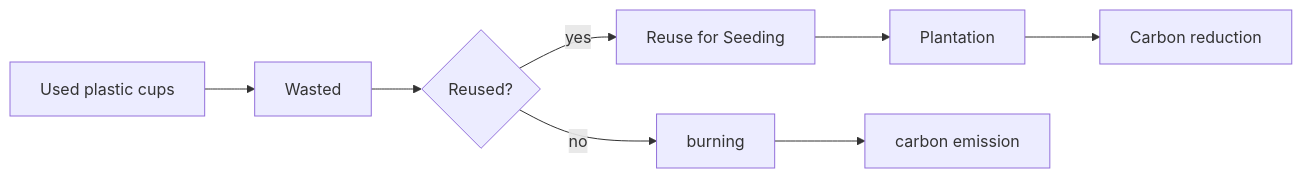
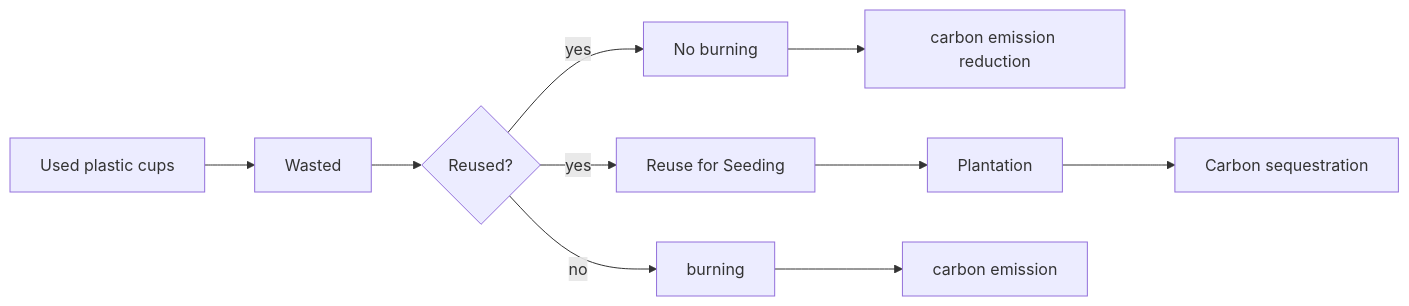
One commit to Kietpawpan/esc changed the diagram in README.md. Above: the diagram before and after it, drawn with Mermaid.

````diff
--- a/README.md
+++ b/README.md
@@ -9,10 +9,12 @@
 ```mermaid
 flowchart LR
     A[Used plastic cups] -->C[Wasted]
     C -->D{Reused?}
     D-->|yes| E[Reuse for Seeding]
+    D-->|yes| J[No burning]
+    J-->K[carbon emission reduction]
     E -->F[Plantation]
-    F-->G[Carbon reduction]
+    F-->G[Carbon sequestration]
     D-->|no| H[burning]
     H-->I[carbon emission]
 ```
````
